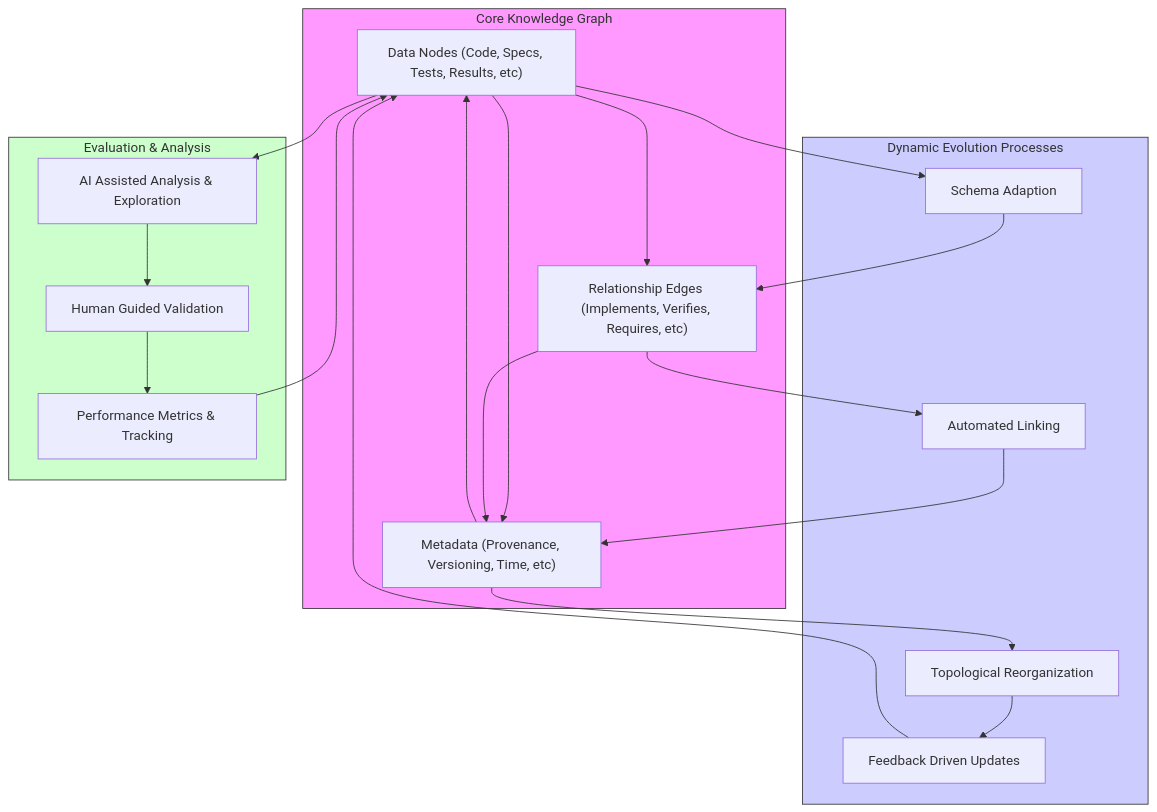
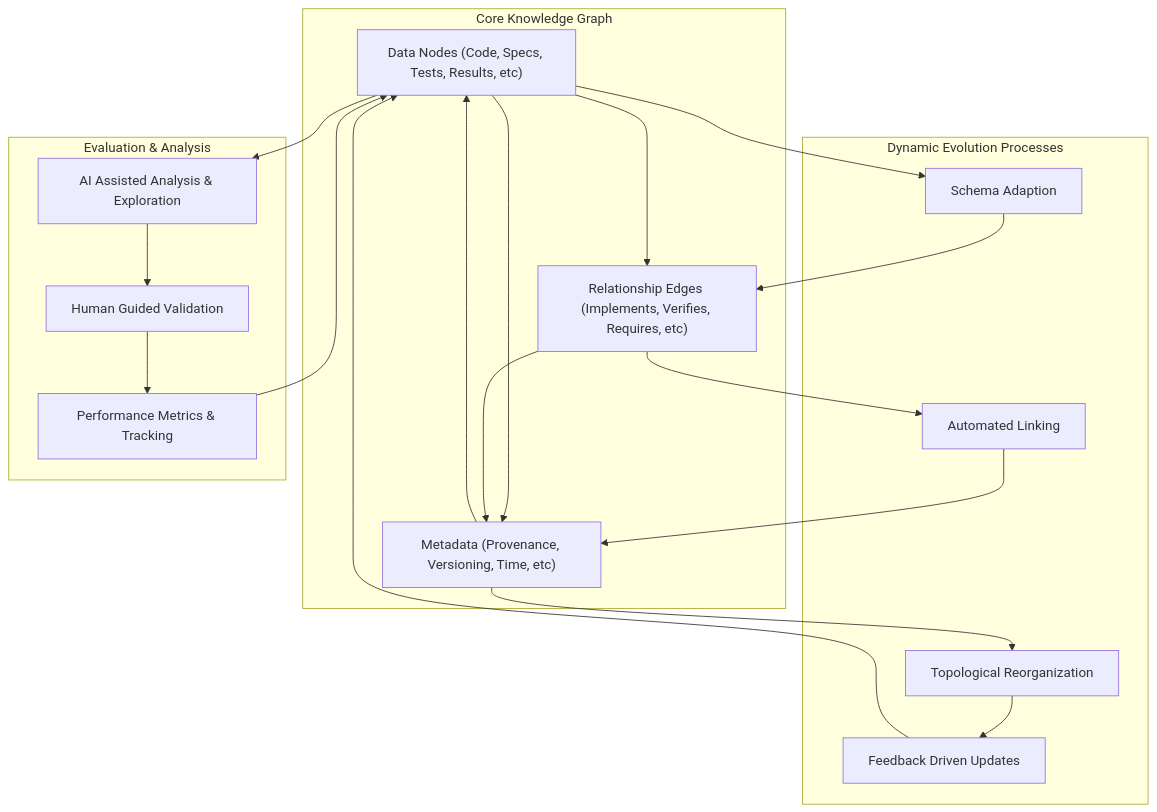
Before and after one commit to nshkrdotcom/EADS: the third of 3 diagrams in docs/EADS-20241211-1.md, drawn with Mermaid. The commit also changed other lines of this file and 1 other file, not shown here.

````diff
--- a/docs/EADS-20241211-1.md
+++ b/docs/EADS-20241211-1.md
@@ -211,43 +191,39 @@
 ```mermaid
 graph
     subgraph CoreKnowledgeGraph["Core&nbsp;Knowledge&nbsp;Graph"]
         A["Data Nodes (Code, Specs, Tests, Results, etc)"]
         B["Relationship Edges (Implements, Verifies, Requires, etc)"]
         C["Metadata (Provenance, Versioning, Time, etc)"]
     end
 
     subgraph DynamicEvolutionProcesses["Dynamic&nbsp;Evolution&nbsp;Processes"]
         D["Schema Adaption"]
         E["Automated Linking"]
         F["Topological Reorganization"]
         G["Feedback Driven Updates"]
     end
 
     subgraph EvaluationAndAnalysis["Evaluation&nbsp;&&nbsp;Analysis"]
         H["AI Assisted Analysis & Exploration"]
         I["Human Guided Validation"]
         J["Performance Metrics & Tracking"]
     end
 
     A --> B
     A --> C
     B --> C
     C --> A
 
     A --> D
     D --> B
     B --> E
     E --> C
     C --> F
     F --> G
     G --> A
 
     A --> H
     H --> I
     I --> J
     J --> A
-
-    style CoreKnowledgeGraph fill:#f9f,stroke:#333,stroke-width:1px
-    style DynamicEvolutionProcesses fill:#ccf,stroke:#333,stroke-width:1px
-    style EvaluationAndAnalysis fill:#cfc,stroke:#333,stroke-width:1px
 ```
````
